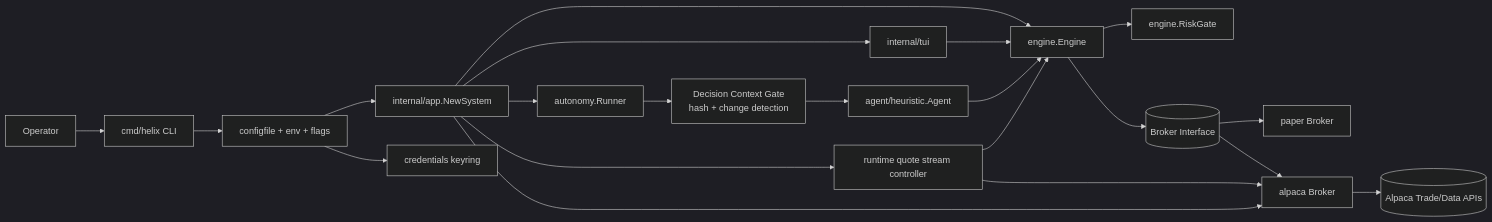
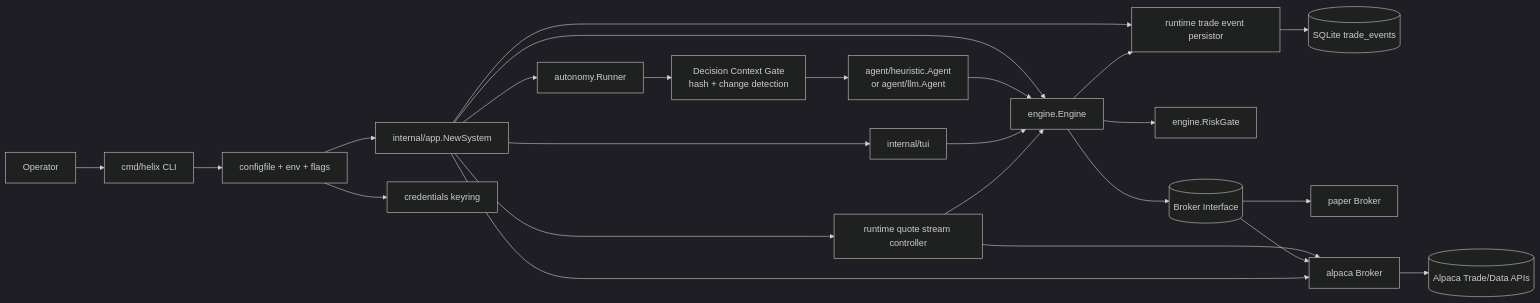
One commit to nerdstep/helix-tui changed the first of 6 diagrams in docs/architecture.md. Above: the diagram before and after it, drawn with Mermaid (dark theme). The commit also changed other lines of this file and 19 other files, not shown here.

````diff
--- a/docs/architecture.md
+++ b/docs/architecture.md
@@ -5,40 +5,45 @@
 ```mermaid
 flowchart LR
     U[Operator]
     CLI[cmd/helix CLI]
     CFG[configfile + env + flags]
     APP[internal/app.NewSystem]
     TUI[internal/tui]
     RUNNER[autonomy.Runner]
     CTX[Decision Context Gate<br/>hash + change detection]
     QSC[runtime quote stream controller]
-    AGENT[agent/heuristic.Agent]
+    AGENT[agent/heuristic.Agent<br/>or agent/llm.Agent]
     ENGINE[engine.Engine]
+    EVTDB[(SQLite trade_events)]
+    EVTSINK[runtime trade event persistor]
     RISK[engine.RiskGate]
     KEYRING[credentials keyring]
     AB[(Broker Interface)]
     PBRK[paper Broker]
     ABRK[alpaca Broker]
     ALPACA[(Alpaca Trade/Data APIs)]
 
     U --> CLI
     CLI --> CFG
     CFG --> APP
     CFG --> KEYRING
     APP --> ENGINE
     APP --> TUI
     APP --> RUNNER
     APP --> QSC
+    APP --> EVTSINK
     RUNNER --> CTX
     CTX --> AGENT
     AGENT --> ENGINE
     TUI --> ENGINE
     QSC --> ENGINE
     QSC --> ABRK
     ENGINE --> RISK
+    ENGINE --> EVTSINK
+    EVTSINK --> EVTDB
     ENGINE --> AB
     AB --> PBRK
     AB --> ABRK
     ABRK --> ALPACA
     APP --> ABRK
 ```
````
